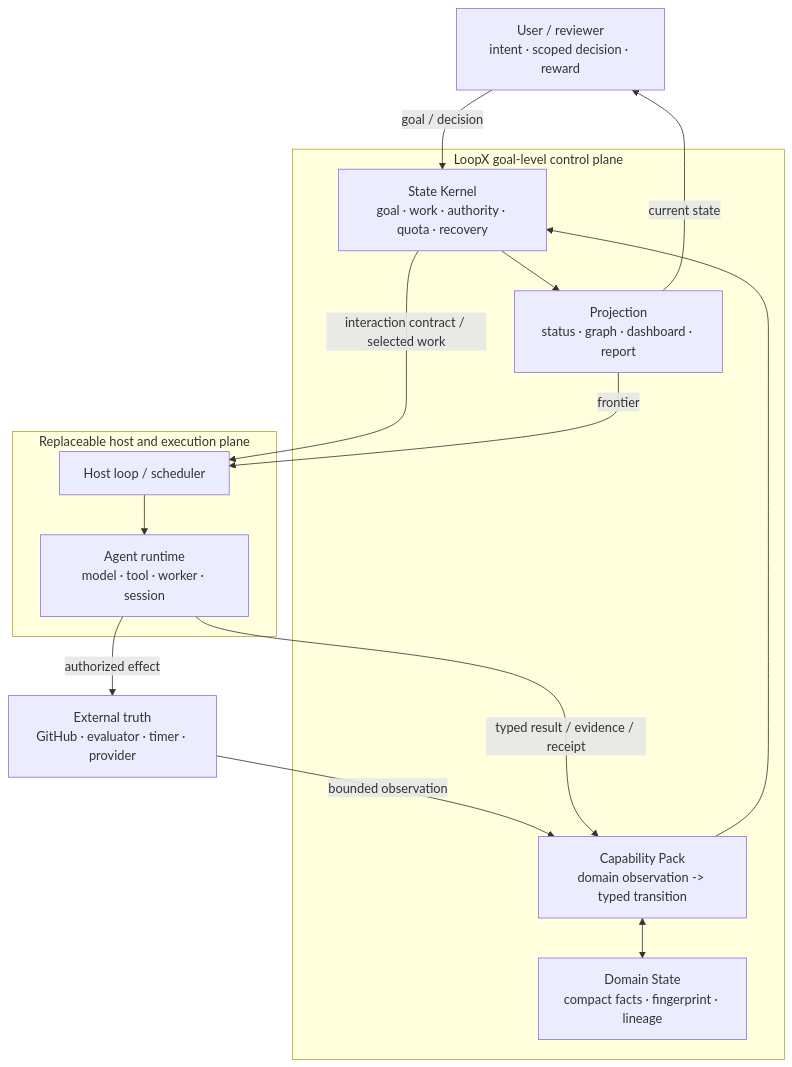
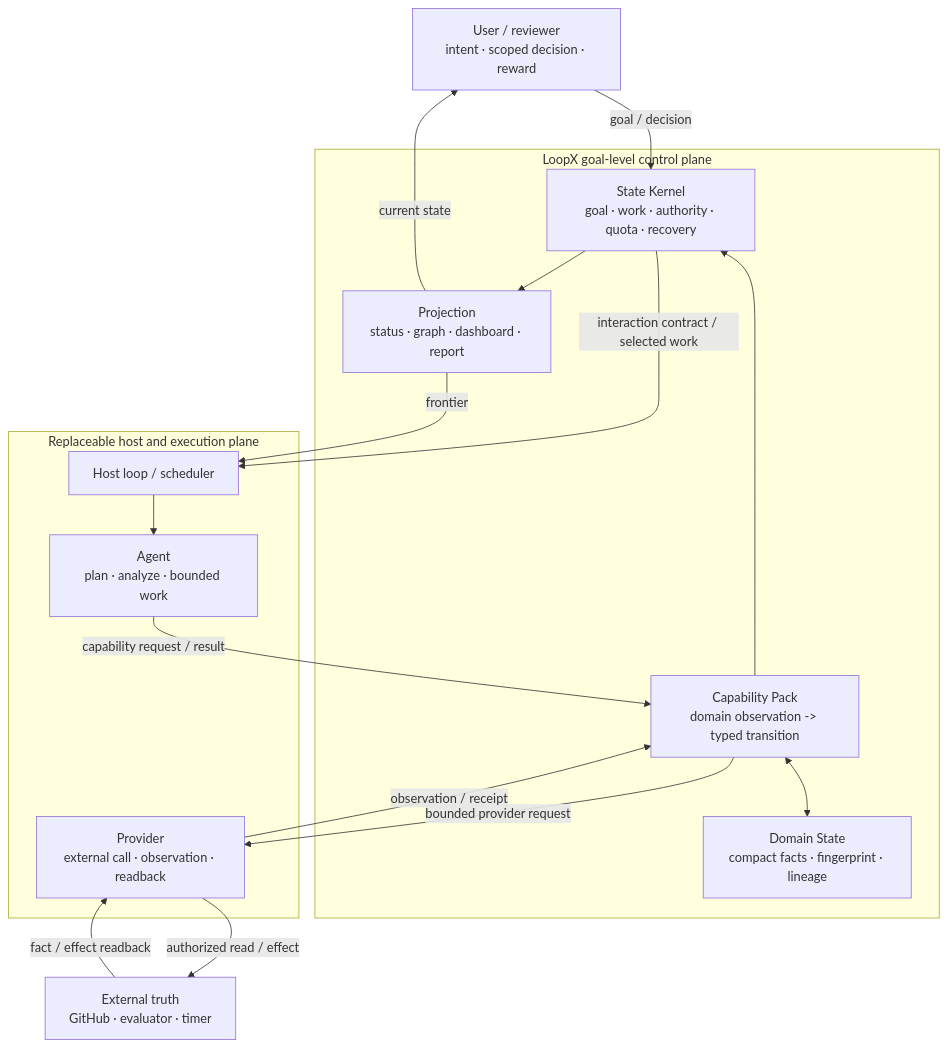
One commit to liubf21/loopx changed the third of 5 diagrams in docs/development/control-plane-course/00-goal-control-plane-architecture.md. Above: the diagram before and after it, drawn with Mermaid. The commit also changed other lines of this file and 8 other files, not shown here.

Commit message:
docs: clarify runtime responsibility model (#2474)

````diff
--- a/docs/development/control-plane-course/00-goal-control-plane-architecture.md
+++ b/docs/development/control-plane-course/00-goal-control-plane-architecture.md
@@ -222,29 +249,32 @@
 ```mermaid
 flowchart TB
   U["User / reviewer<br/>intent · scoped decision · reward"]
-  X["External truth<br/>GitHub · evaluator · timer · provider"]
+  X["External truth<br/>GitHub · evaluator · timer"]
 
   subgraph LX["LoopX goal-level control plane"]
     K["State Kernel<br/>goal · work · authority · quota · recovery"]
     C["Capability Pack<br/>domain observation -> typed transition"]
     D["Domain State<br/>compact facts · fingerprint · lineage"]
     V["Projection<br/>status · graph · dashboard · report"]
     C <--> D
     C --> K
     K --> V
   end
 
   subgraph EX["Replaceable host and execution plane"]
     H["Host loop / scheduler"]
-    R["Agent runtime<br/>model · tool · worker · session"]
-    H --> R
+    A["Agent<br/>plan · analyze · bounded work"]
+    P["Provider<br/>external call · observation · readback"]
+    H --> A
   end
 
   U -->|"goal / decision"| K
-  X -->|"bounded observation"| C
   K -->|"interaction contract / selected work"| H
-  R -->|"typed result / evidence / receipt"| C
-  R -->|"authorized effect"| X
+  A -->|"capability request / result"| C
+  C -->|"bounded provider request"| P
+  P -->|"authorized read / effect"| X
+  X -->|"fact / effect readback"| P
+  P -->|"observation / receipt"| C
   V -->|"current state"| U
   V -->|"frontier"| H
 ```
````
